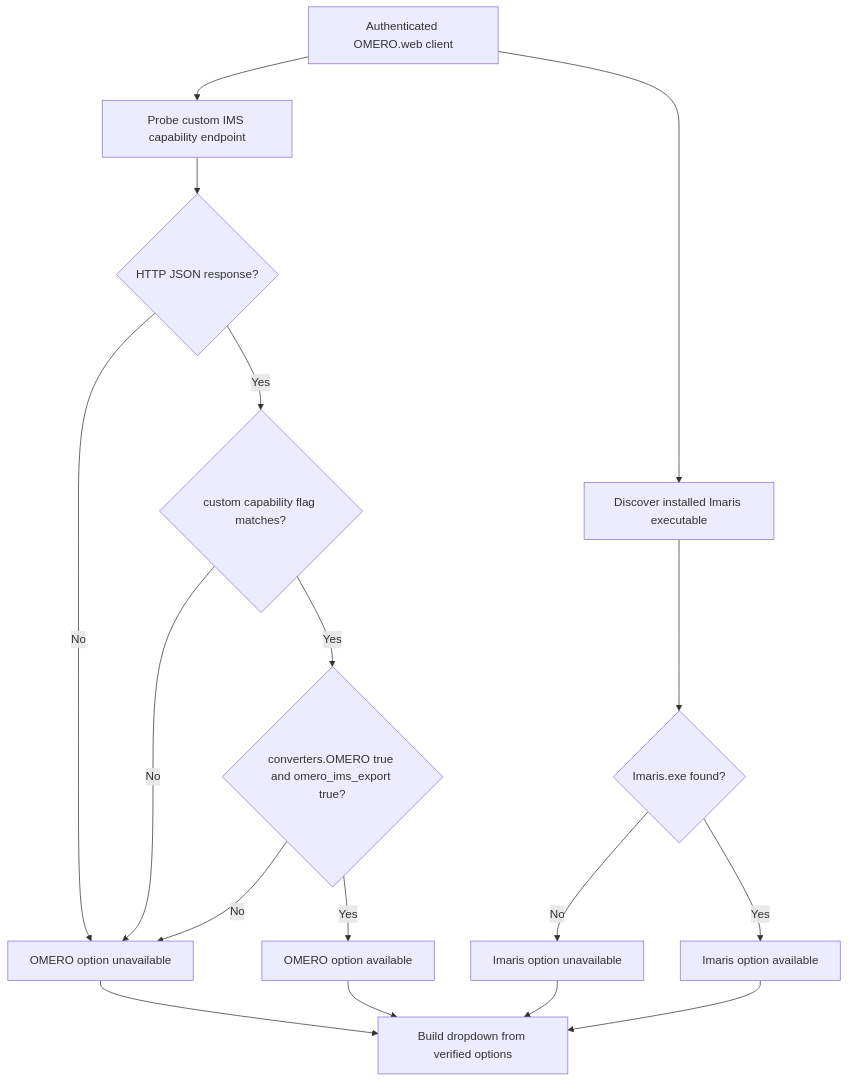
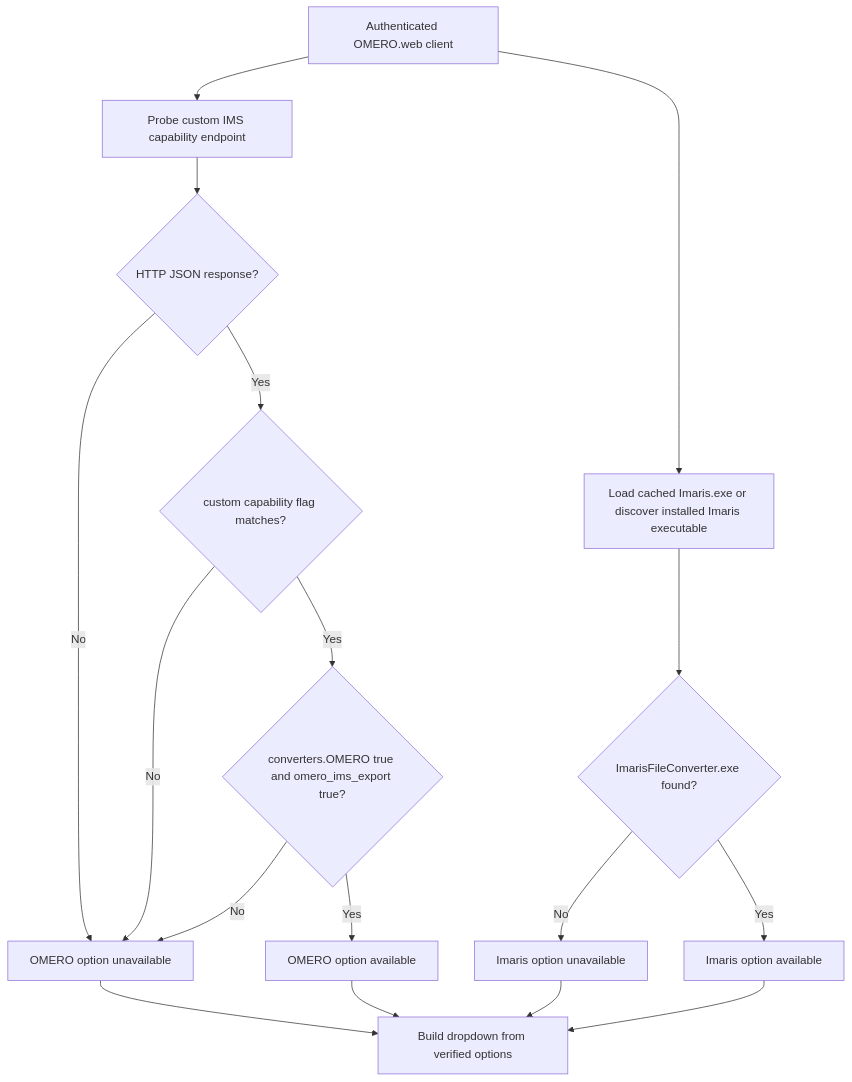
The second of 7 diagrams in docs/plugins/imaris-connector-workflow.md (ZMB-UZH/omero-docker-extended), drawn with Mermaid before and after one commit. The commit also changed other lines of this file and 4 other files, not shown here.

Commit message:
Use Imaris File Converter for selected exports

````diff
--- a/docs/plugins/imaris-connector-workflow.md
+++ b/docs/plugins/imaris-connector-workflow.md
@@ -58,21 +58,21 @@
 ```mermaid
 flowchart TD
     A[Authenticated OMERO.web client] --> B[Probe custom IMS capability endpoint]
     B --> C{HTTP JSON response?}
     C -->|No| D[OMERO option unavailable]
     C -->|Yes| E{custom capability flag matches?}
     E -->|No| D
     E -->|Yes| F{converters.OMERO true and omero_ims_export true?}
     F -->|No| D
     F -->|Yes| G[OMERO option available]
 
-    A --> H[Discover installed Imaris executable]
-    H --> I{Imaris.exe found?}
+    A --> H[Load cached Imaris.exe or discover installed Imaris executable]
+    H --> I{ImarisFileConverter.exe found?}
     I -->|No| J[Imaris option unavailable]
     I -->|Yes| K[Imaris option available]
 
     G --> L[Build dropdown from verified options]
     D --> L
     K --> L
     J --> L
 ```
````
